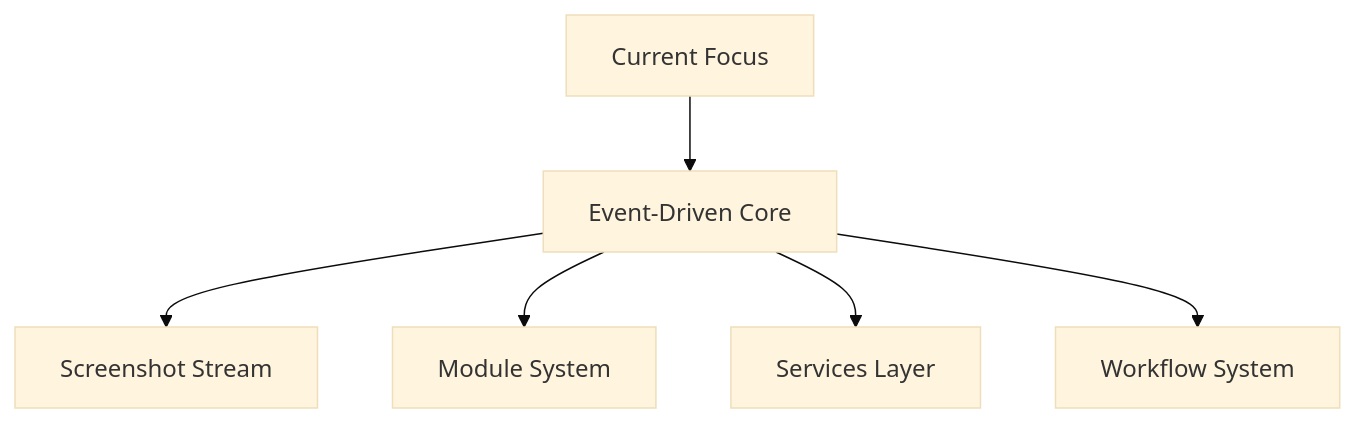
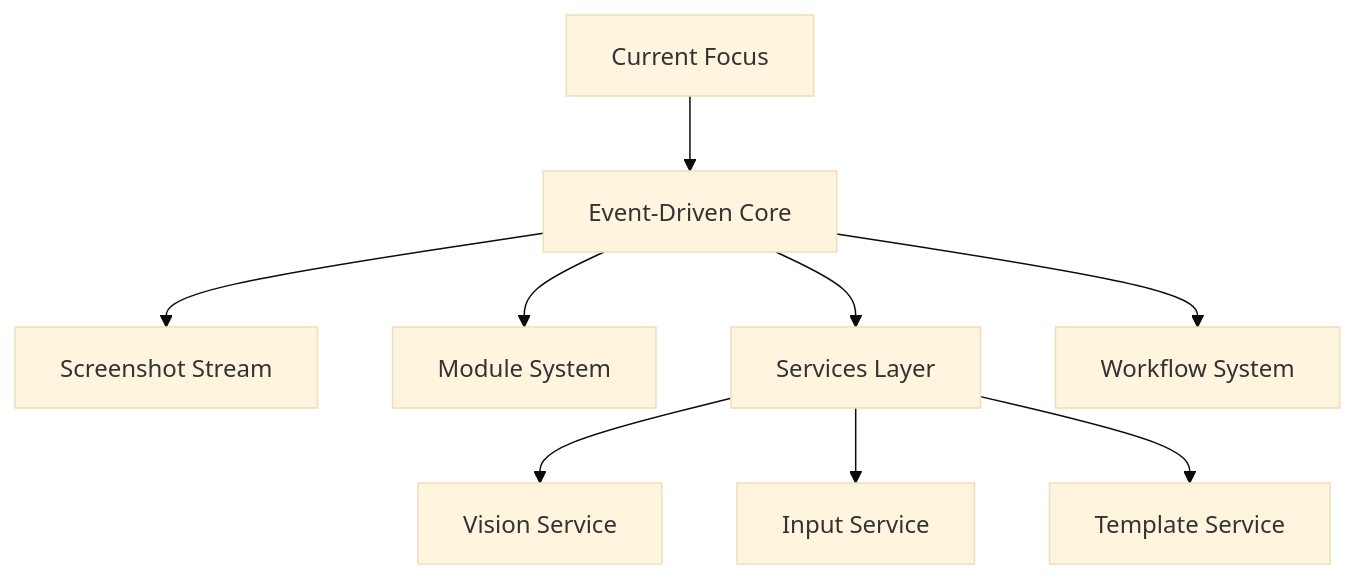
The diagram in memory_bank/activeContext.md (evgenipetrov/poe-sidekick), drawn with Mermaid (base theme) before and after one commit. The commit also changed other lines of this file and 8 other files, not shown here.

````diff
--- a/memory_bank/activeContext.md
+++ b/memory_bank/activeContext.md
@@ -69,8 +125,12 @@
 ```mermaid
 graph TD
     Current[Current Focus] --> Core[Event-Driven Core]
     Core --> SS[Screenshot Stream]
     Core --> Mod[Module System]
     Core --> Serv[Services Layer]
     Core --> WF[Workflow System]
+
+    Serv --> VS[Vision Service]
+    Serv --> IS[Input Service]
+    Serv --> TS[Template Service]
 ```
````
